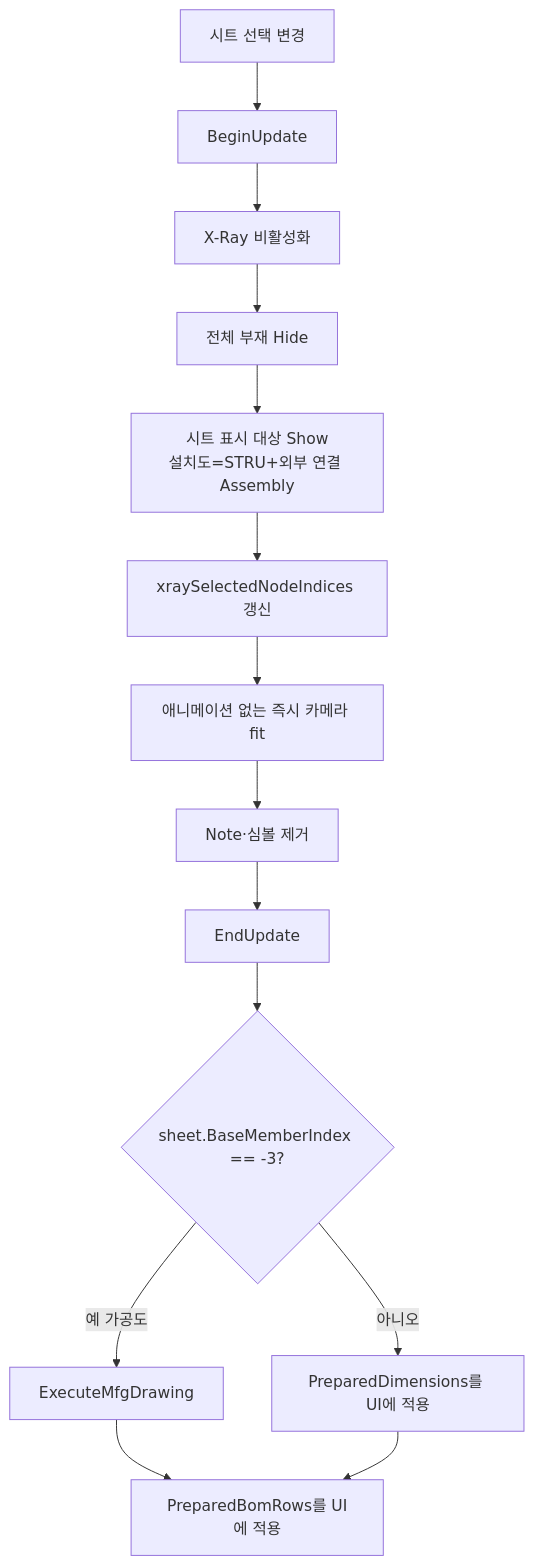
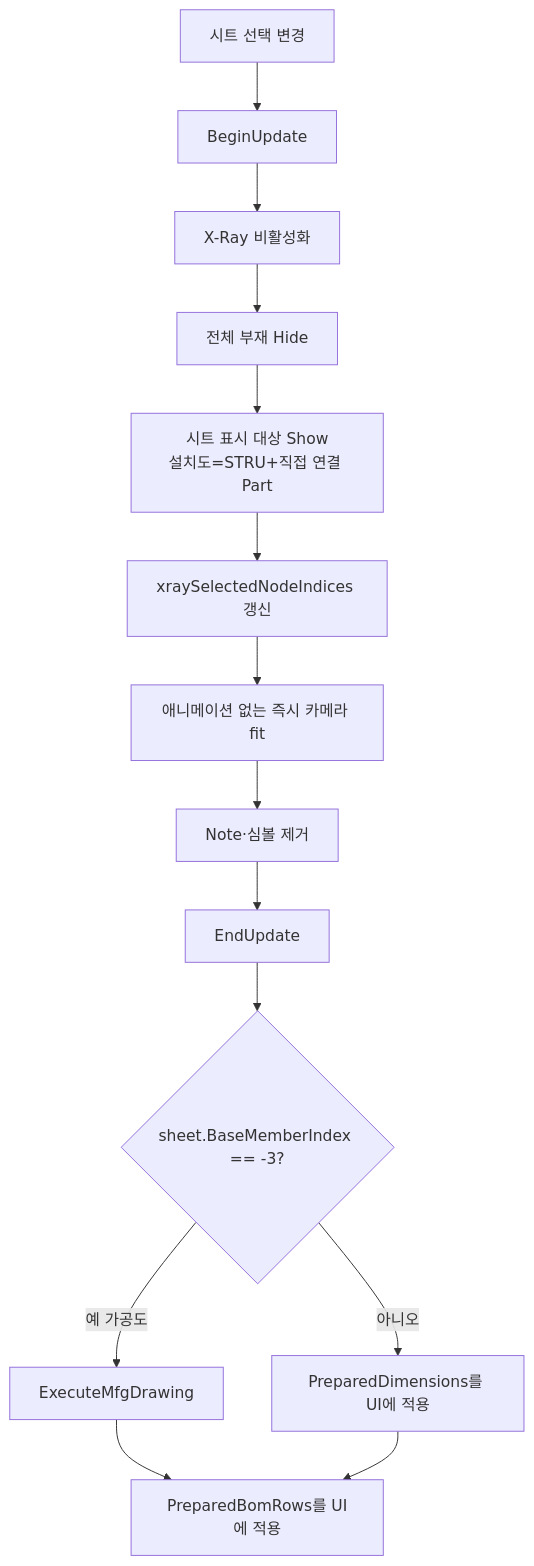
One commit to uuuuj/a2z changed the diagram in docs/기능/도면시트/시트 선택.md. Above: the diagram before and after it, drawn with Mermaid. The commit also changed other lines of this file and 10 other files, not shown here.

````diff
--- a/docs/기능/도면시트/시트 선택.md
+++ b/docs/기능/도면시트/시트 선택.md
@@ -28,16 +28,16 @@
 ```mermaid
 flowchart TD
     A[시트 선택 변경] --> B[BeginUpdate]
     B --> C[X-Ray 비활성화]
     C --> D[전체 부재 Hide]
-    D --> E[시트 표시 대상 Show<br/>설치도=STRU+외부 연결 Assembly]
+    D --> E[시트 표시 대상 Show<br/>설치도=STRU+직접 연결 Part]
     E --> F[xraySelectedNodeIndices 갱신]
     F --> G[애니메이션 없는 즉시 카메라 fit]
     G --> H[Note·심볼 제거]
     H --> I[EndUpdate]
     I --> J{sheet.BaseMemberIndex == -3?}
     J -- 예 가공도 --> K[ExecuteMfgDrawing]
     J -- 아니오 --> L[PreparedDimensions를 UI에 적용]
     K --> M[PreparedBomRows를 UI에 적용]
     L --> M
 ```
````
